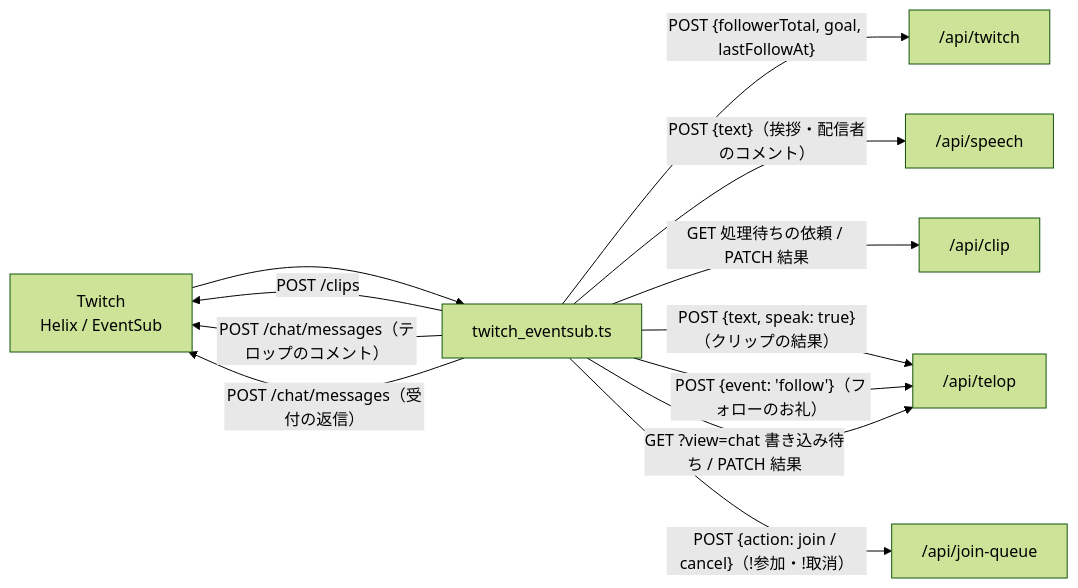
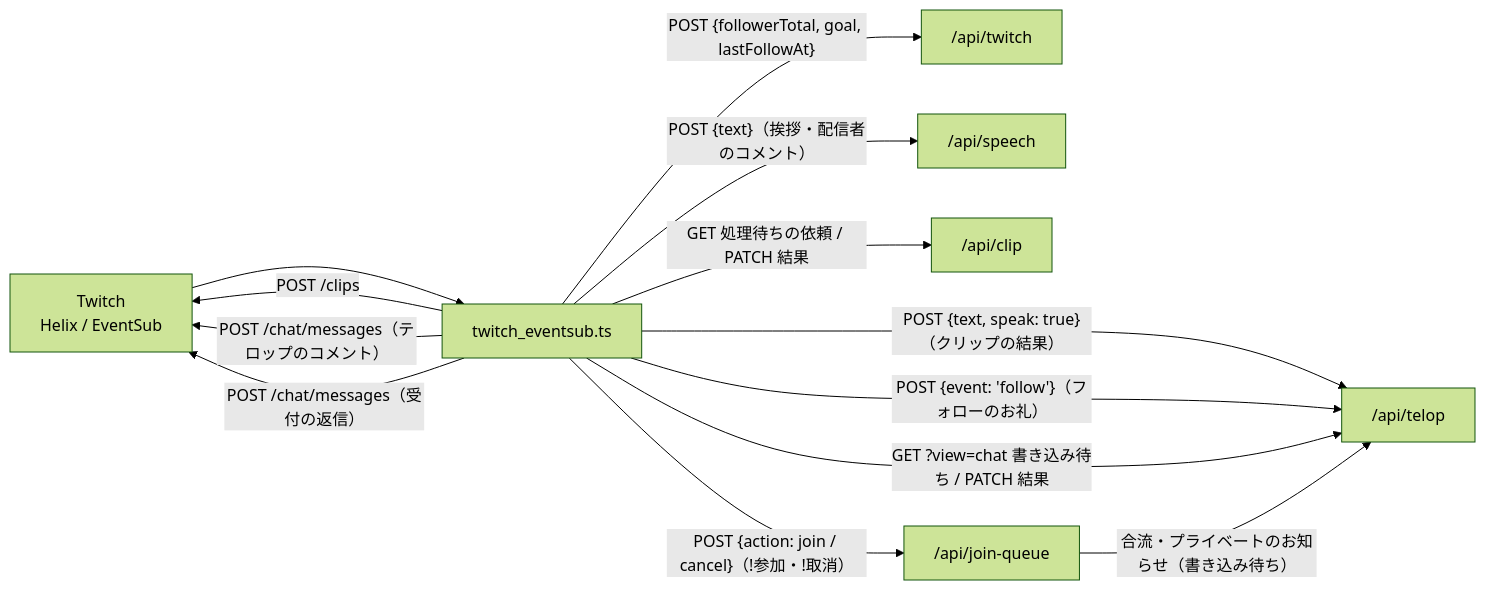
One commit to eddie-splatoon/splatoon-point-counter changed the third of 3 diagrams in README.md. Above: the diagram before and after it, drawn with Mermaid (forest theme).

Commit message:
docs(readme): Twitch 連携の図にお知らせの書き込み待ちを足す

````diff
--- a/README.md
+++ b/README.md
@@ -143,14 +143,15 @@
 ```mermaid
 flowchart LR
     TW["Twitch<br/>Helix / EventSub"] --> SCR["twitch_eventsub.ts"]
     SCR -- "POST {followerTotal, goal, lastFollowAt}" --> API["/api/twitch"]
     SCR -- "POST {text}（挨拶・配信者のコメント）" --> SP["/api/speech"]
     SCR -- "GET 処理待ちの依頼 / PATCH 結果" --> CLIP["/api/clip"]
     SCR -- "POST /clips" --> TW
     SCR -- "POST {text, speak: true}（クリップの結果）" --> TELOP["/api/telop"]
     SCR -- "POST {event: 'follow'}（フォローのお礼）" --> TELOP
     SCR -- "GET ?view=chat 書き込み待ち / PATCH 結果" --> TELOP
     SCR -- "POST /chat/messages（テロップのコメント）" --> TW
     SCR -- "POST {action: join / cancel}（!参加・!取消）" --> JOIN["/api/join-queue"]
     SCR -- "POST /chat/messages（受付の返信）" --> TW
+    JOIN -- "合流・プライベートのお知らせ（書き込み待ち）" --> TELOP
 ```
````
